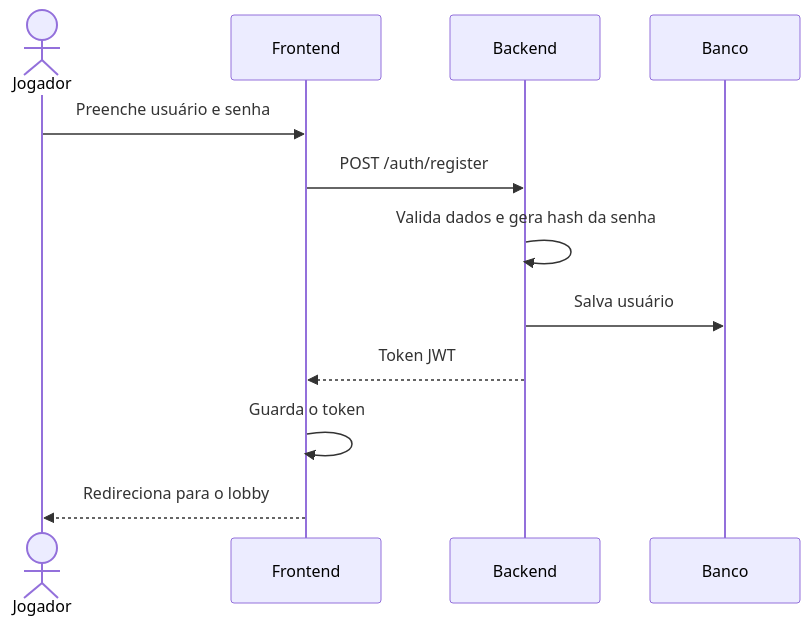
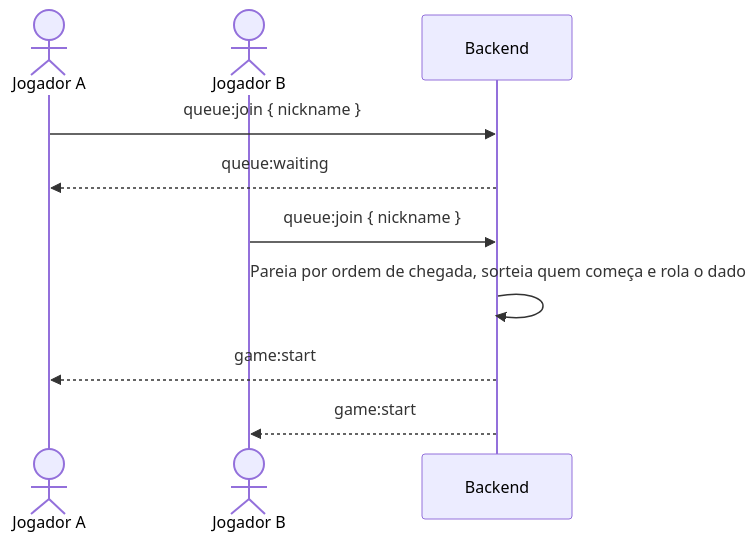
Before and after one commit to claclarinete/Knucklebones: the second of 4 diagrams in docs/README.md, drawn with Mermaid. The commit also changed other lines of this file, not shown here.

Commit message:
docs: revisa a especificação sem autenticação, histórico e banco

````diff
--- a/docs/README.md
+++ b/docs/README.md
@@ -168,15 +122,13 @@
 ```mermaid
 sequenceDiagram
-    actor J as Jogador
-    participant F as Frontend
+    actor A as Jogador A
+    actor C as Jogador B
     participant B as Backend
-    participant DB as Banco
 
-    J->>F: Preenche usuário e senha
-    F->>B: POST /auth/register
-    B->>B: Valida dados e gera hash da senha
-    B->>DB: Salva usuário
-    B-->>F: Token JWT
-    F->>F: Guarda o token
-    F-->>J: Redireciona para o lobby
+    A->>B: queue:join { nickname }
+    B-->>A: queue:waiting
+    C->>B: queue:join { nickname }
+    B->>B: Pareia por ordem de chegada, sorteia quem começa e rola o dado
+    B-->>A: game:start
+    B-->>C: game:start
 ```
````
